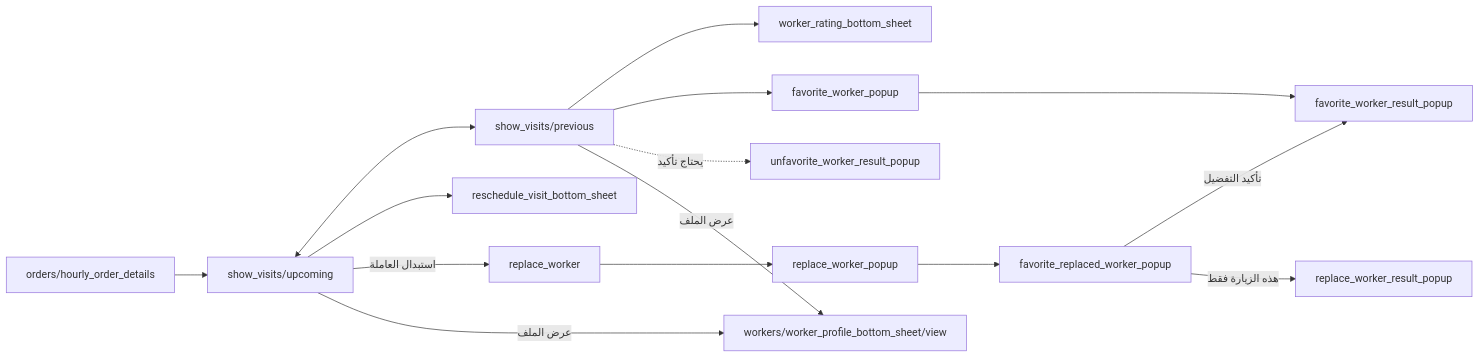
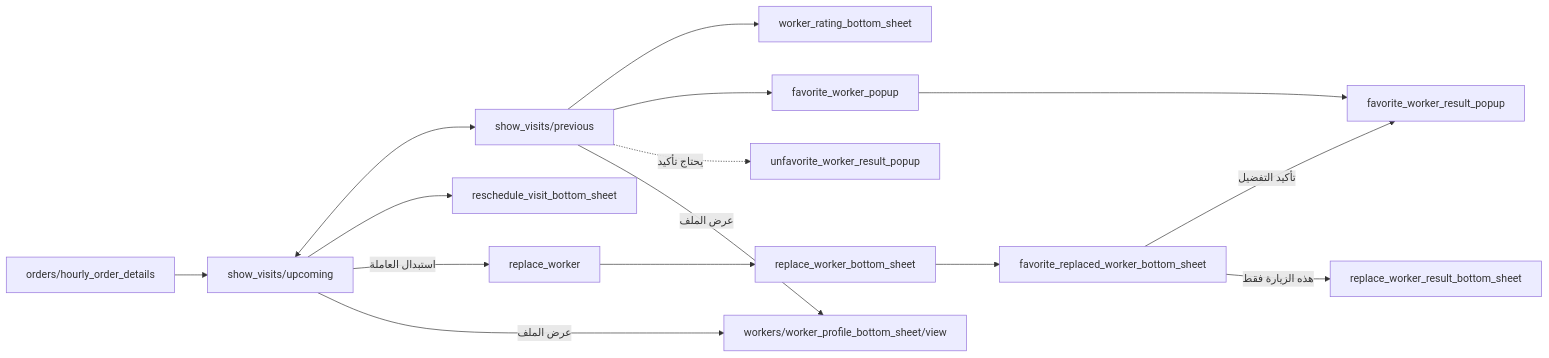
Before and after one commit to mmsanad7/belkhedma: the diagram in project/product/features/visits.md, drawn with Mermaid. The commit also changed other lines of this file and 8 other files, not shown here.

````diff
--- a/project/product/features/visits.md
+++ b/project/product/features/visits.md
@@ -8,14 +8,14 @@
 ```mermaid
 flowchart LR
     HD["orders/hourly_order_details"] --> U["show_visits/upcoming"]
     U <--> P["show_visits/previous"]
     U --> RS["reschedule_visit_bottom_sheet"]
     P --> WR["worker_rating_bottom_sheet"]
     P --> FW["favorite_worker_popup"] --> FWR["favorite_worker_result_popup"]
     P -.->|"يحتاج تأكيد"| UFR["unfavorite_worker_result_popup"]
-    U -->|"استبدال العاملة"| RW["replace_worker"] --> RWP["replace_worker_popup"] --> FRP["favorite_replaced_worker_popup"]
+    U -->|"استبدال العاملة"| RW["replace_worker"] --> RWP["replace_worker_bottom_sheet"] --> FRP["favorite_replaced_worker_bottom_sheet"]
     FRP -->|"تأكيد التفضيل"| FWR
-    FRP -->|"هذه الزيارة فقط"| RWR["replace_worker_result_popup"]
+    FRP -->|"هذه الزيارة فقط"| RWR["replace_worker_result_bottom_sheet"]
     U -->|"عرض الملف"| PV["workers/worker_profile_bottom_sheet/view"]
     P -->|"عرض الملف"| PV
 ```
````
